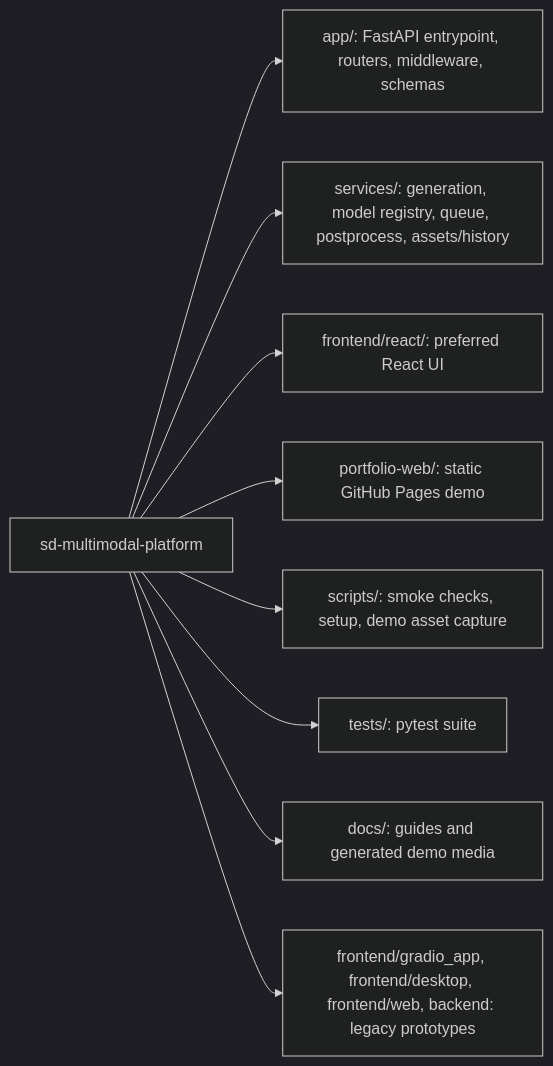
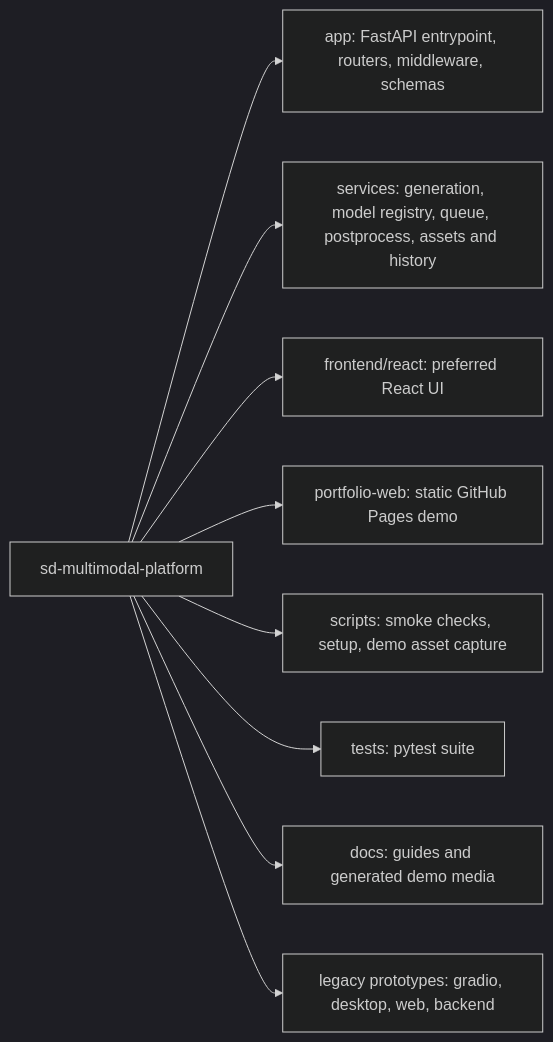
One commit to Justin21523/sd-multimodal-platform changed the seventh of 10 diagrams in README.md. Above: the diagram before and after it, drawn with Mermaid (dark theme). The commit also changed other lines of this file, not shown here.

Commit message:
docs(readme): fix mermaid diagrams for GitHub

````diff
--- a/README.md
+++ b/README.md
@@ -143,12 +220,12 @@
 ```mermaid
 flowchart LR
     Root[sd-multimodal-platform]
-    Root --> App[app/: FastAPI entrypoint, routers, middleware, schemas]
-    Root --> Services[services/: generation, model registry, queue, postprocess, assets/history]
-    Root --> Frontend[frontend/react/: preferred React UI]
-    Root --> Portfolio[portfolio-web/: static GitHub Pages demo]
-    Root --> Scripts[scripts/: smoke checks, setup, demo asset capture]
-    Root --> Tests[tests/: pytest suite]
-    Root --> Docs[docs/: guides and generated demo media]
-    Root --> Legacy[frontend/gradio_app, frontend/desktop, frontend/web, backend: legacy prototypes]
+    Root --> App["app: FastAPI entrypoint, routers, middleware, schemas"]
+    Root --> Services["services: generation, model registry, queue, postprocess, assets and history"]
+    Root --> Frontend["frontend/react: preferred React UI"]
+    Root --> Portfolio["portfolio-web: static GitHub Pages demo"]
+    Root --> Scripts["scripts: smoke checks, setup, demo asset capture"]
+    Root --> Tests["tests: pytest suite"]
+    Root --> Docs["docs: guides and generated demo media"]
+    Root --> Legacy["legacy prototypes: gradio, desktop, web, backend"]
 ```
````
